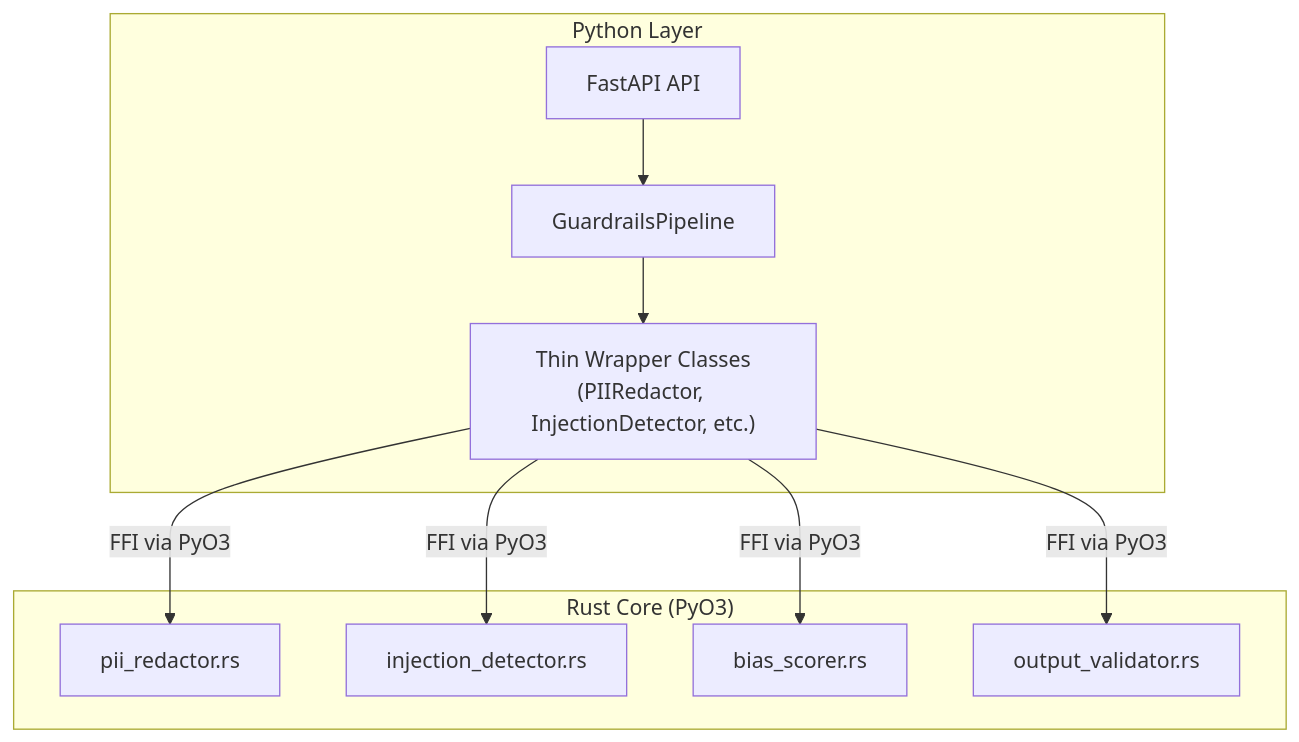
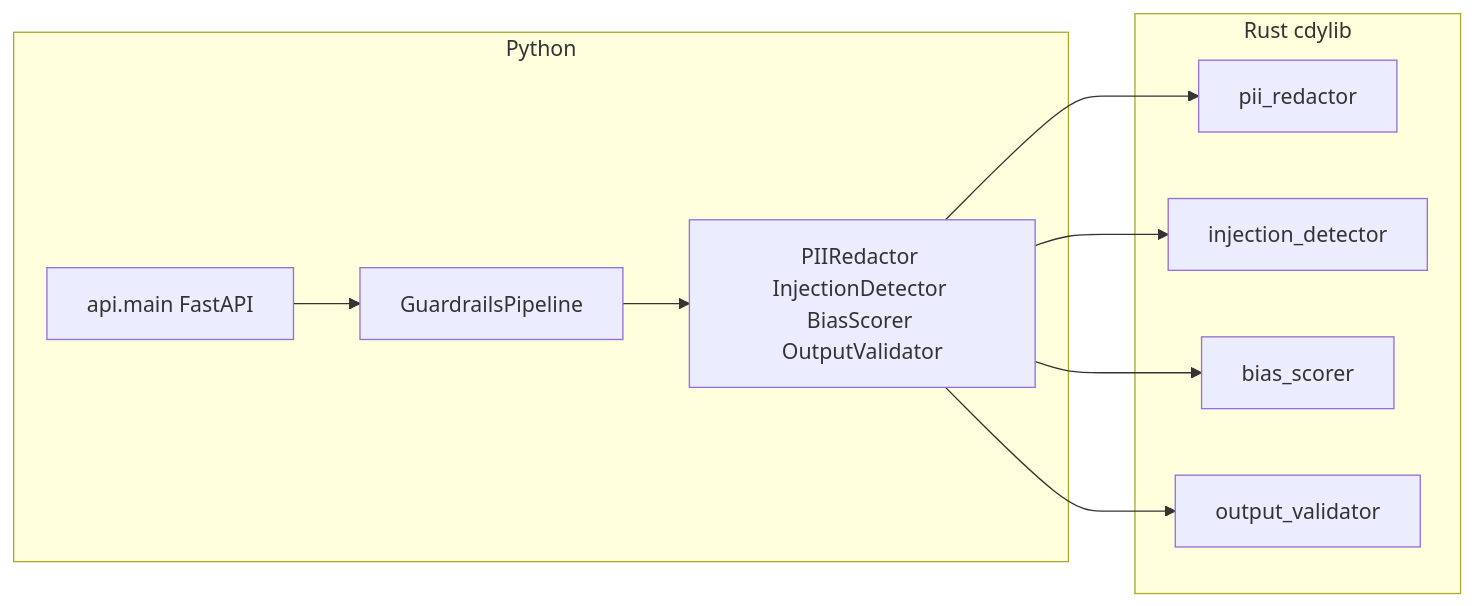
The first of 2 diagrams in README.md (melroyanthony/llm-guardrails), drawn with Mermaid before and after one commit. The commit also changed other lines of this file and 63 other files, not shown here.

````diff
--- a/README.md
+++ b/README.md
@@ -157,22 +181,19 @@
 ```mermaid
-graph TB
-    subgraph Python["Python Layer"]
-        API["FastAPI API"]
-        PIPE["GuardrailsPipeline"]
-        WRAP["Thin Wrapper Classes<br/>(PIIRedactor, InjectionDetector, etc.)"]
+flowchart LR
+    subgraph python [Python]
+        API[api.main FastAPI]
+        PIPE[GuardrailsPipeline]
+        WRAP[PIIRedactor InjectionDetector BiasScorer OutputValidator]
     end
-
-    subgraph Rust["Rust Core (PyO3)"]
-        R_PII["pii_redactor.rs"]
-        R_INJ["injection_detector.rs"]
-        R_BIAS["bias_scorer.rs"]
-        R_VAL["output_validator.rs"]
+    subgraph rust [Rust cdylib]
+        PII[pii_redactor]
+        INJ[injection_detector]
+        BIAS[bias_scorer]
+        VAL[output_validator]
     end
-
-    API --> PIPE
-    PIPE --> WRAP
-    WRAP -->|FFI via PyO3| R_PII
-    WRAP -->|FFI via PyO3| R_INJ
-    WRAP -->|FFI via PyO3| R_BIAS
-    WRAP -->|FFI via PyO3| R_VAL
+    API --> PIPE --> WRAP
+    WRAP --> PII
+    WRAP --> INJ
+    WRAP --> BIAS
+    WRAP --> VAL
 ```
````
